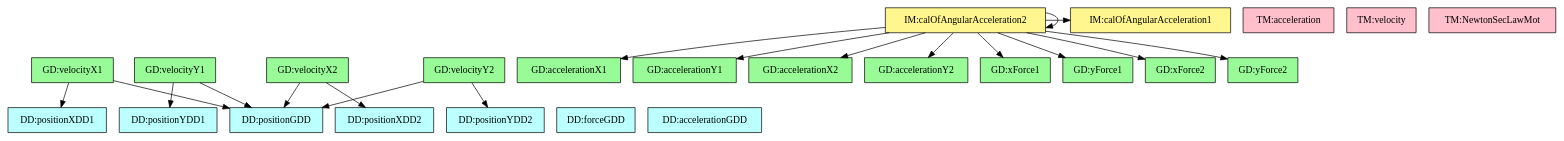
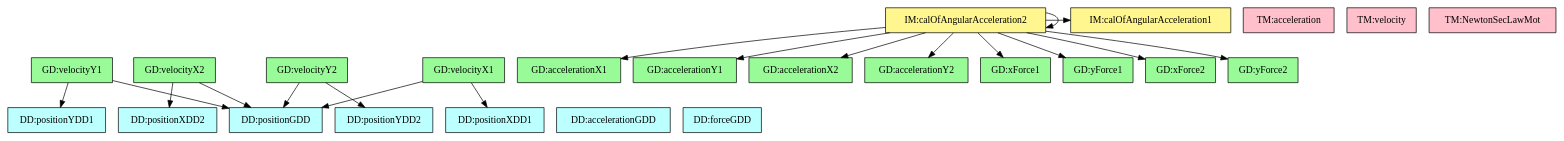
One commit to JacquesCarette/Drasil changed the diagram in code/stable/dblpendulum/TraceyGraph/refvsref.dot. Above: the diagram before and after it, drawn with Graphviz. The commit also changed 11 other files, not shown here.

```diff
--- a/code/stable/dblpendulum/TraceyGraph/refvsref.dot
+++ b/code/stable/dblpendulum/TraceyGraph/refvsref.dot
@@ -1,70 +1,70 @@
 digraph refvsref {
+	v_x1 -> velocity;
 	v_x1 -> p_x1;
-	v_x1 -> velocity;
+	v_y1 -> velocity;
 	v_y1 -> p_y1;
-	v_y1 -> velocity;
+	v_x2 -> velocity;
 	v_x2 -> p_x2;
-	v_x2 -> velocity;
+	v_y2 -> velocity;
 	v_y2 -> p_y2;
-	v_y2 -> velocity;
 	angularAccelerationIM2 -> a_x1;
 	angularAccelerationIM2 -> a_y1;
 	angularAccelerationIM2 -> a_x2;
 	angularAccelerationIM2 -> a_y2;
 	angularAccelerationIM2 -> xForce1;
 	angularAccelerationIM2 -> yForce1;
 	angularAccelerationIM2 -> xForce2;
 	angularAccelerationIM2 -> yForce2;
 	angularAccelerationIM2 -> angularAccelerationIM1;
 	angularAccelerationIM2 -> angularAccelerationIM2;
 
 
+	velocity	[shape=box, color=black, style=filled, fillcolor=paleturquoise1, label="DD:positionGDD"];
 	p_x1	[shape=box, color=black, style=filled, fillcolor=paleturquoise1, label="DD:positionXDD1"];
 	p_y1	[shape=box, color=black, style=filled, fillcolor=paleturquoise1, label="DD:positionYDD1"];
 	p_x2	[shape=box, color=black, style=filled, fillcolor=paleturquoise1, label="DD:positionXDD2"];
 	p_y2	[shape=box, color=black, style=filled, fillcolor=paleturquoise1, label="DD:positionYDD2"];
+	acceleration	[shape=box, color=black, style=filled, fillcolor=paleturquoise1, label="DD:accelerationGDD"];
 	force	[shape=box, color=black, style=filled, fillcolor=paleturquoise1, label="DD:forceGDD"];
-	velocity	[shape=box, color=black, style=filled, fillcolor=paleturquoise1, label="DD:positionGDD"];
-	acceleration	[shape=box, color=black, style=filled, fillcolor=paleturquoise1, label="DD:accelerationGDD"];
 
 	subgraph DD {
 	rank="same"
-	{p_x1, p_y1, p_x2, p_y2, force, velocity, acceleration}
+	{velocity, p_x1, p_y1, p_x2, p_y2, acceleration, force}
 	}
 
 	accelerationTM	[shape=box, color=black, style=filled, fillcolor=pink, label="TM:acceleration"];
 	velocityTM	[shape=box, color=black, style=filled, fillcolor=pink, label="TM:velocity"];
 	newtonSL	[shape=box, color=black, style=filled, fillcolor=pink, label="TM:NewtonSecLawMot"];
 
 	subgraph TM {
 	rank="same"
 	{accelerationTM, velocityTM, newtonSL}
 	}
 
 	v_x1	[shape=box, color=black, style=filled, fillcolor=palegreen, label="GD:velocityX1"];
 	v_y1	[shape=box, color=black, style=filled, fillcolor=palegreen, label="GD:velocityY1"];
 	v_x2	[shape=box, color=black, style=filled, fillcolor=palegreen, label="GD:velocityX2"];
 	v_y2	[shape=box, color=black, style=filled, fillcolor=palegreen, label="GD:velocityY2"];
 	a_x1	[shape=box, color=black, style=filled, fillcolor=palegreen, label="GD:accelerationX1"];
 	a_y1	[shape=box, color=black, style=filled, fillcolor=palegreen, label="GD:accelerationY1"];
 	a_x2	[shape=box, color=black, style=filled, fillcolor=palegreen, label="GD:accelerationX2"];
 	a_y2	[shape=box, color=black, style=filled, fillcolor=palegreen, label="GD:accelerationY2"];
 	xForce1	[shape=box, color=black, style=filled, fillcolor=palegreen, label="GD:xForce1"];
 	yForce1	[shape=box, color=black, style=filled, fillcolor=palegreen, label="GD:yForce1"];
 	xForce2	[shape=box, color=black, style=filled, fillcolor=palegreen, label="GD:xForce2"];
 	yForce2	[shape=box, color=black, style=filled, fillcolor=palegreen, label="GD:yForce2"];
 
 	subgraph GD {
 	rank="same"
 	{v_x1, v_y1, v_x2, v_y2, a_x1, a_y1, a_x2, a_y2, xForce1, yForce1, xForce2, yForce2}
 	}
 
 	angularAccelerationIM1	[shape=box, color=black, style=filled, fillcolor=khaki1, label="IM:calOfAngularAcceleration1"];
 	angularAccelerationIM2	[shape=box, color=black, style=filled, fillcolor=khaki1, label="IM:calOfAngularAcceleration2"];
 
 	subgraph IM {
 	rank="same"
 	{angularAccelerationIM1, angularAccelerationIM2}
 	}
 
 }
```
